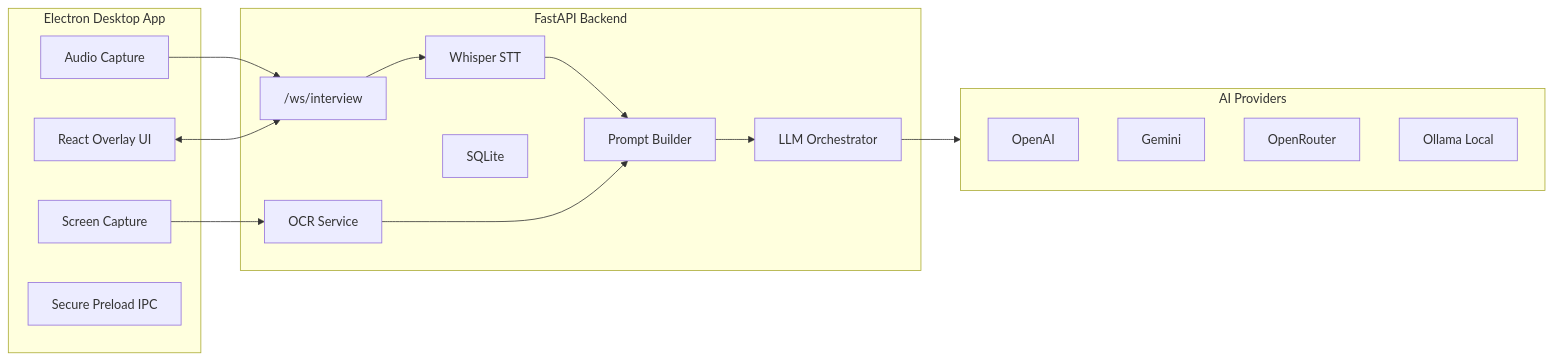
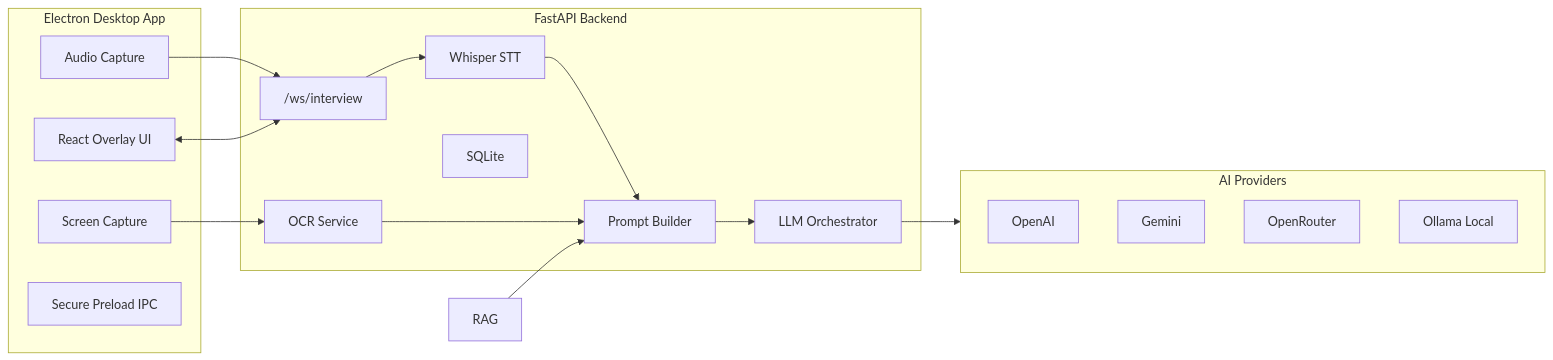
One commit to rajcse111/test-hidden changed the diagram in README.md. Above: the diagram before and after it, drawn with Mermaid. The commit also changed other lines of this file, not shown here.

First line of the commit message:
update README with RAG installation, usage, and troubleshooting

````diff
--- a/README.md
+++ b/README.md
@@ -31,33 +32,34 @@
 ```mermaid
 flowchart LR
   subgraph Desktop["Electron Desktop App"]
     Overlay["React Overlay UI"]
     Audio["Audio Capture"]
     Screen["Screen Capture"]
     IPC["Secure Preload IPC"]
   end
 
   subgraph Backend["FastAPI Backend"]
     WS["/ws/interview"]
     STT["Whisper STT"]
     Prompt["Prompt Builder"]
     LLM["LLM Orchestrator"]
     OCR["OCR Service"]
     DB["SQLite"]
   end
 
   subgraph Providers["AI Providers"]
     OpenAI["OpenAI"]
     Gemini["Gemini"]
     OpenRouter["OpenRouter"]
     Ollama["Ollama Local"]
   end
 
   Audio --> WS
   Screen --> OCR
   Overlay <--> WS
   WS --> STT --> Prompt --> LLM
   OCR --> Prompt
+  RAG --> Prompt
   LLM --> Providers
   Backend --> DB
 ```
````
